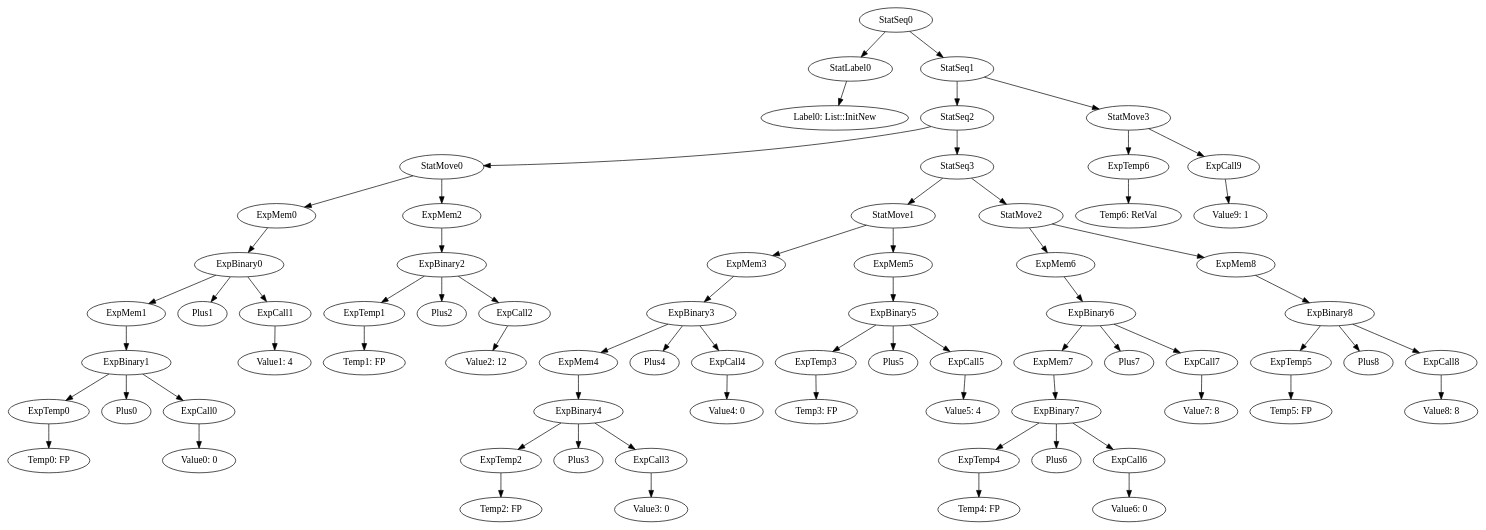
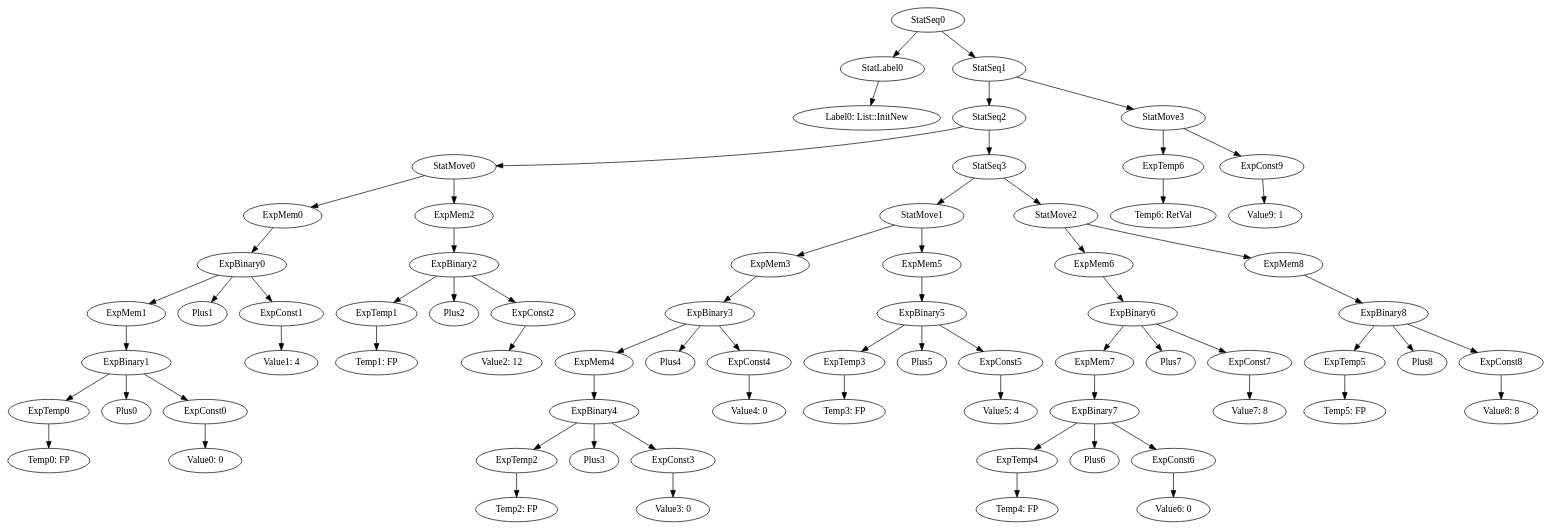
Before and after one commit to team-compilers/compilers: the diagram in MiniJava/results/SamplesCorrect/LinkedList/irt_List::InitNew.gv, drawn with Graphviz. The commit also changed 183 other files, not shown here.

```diff
--- a/MiniJava/results/SamplesCorrect/LinkedList/irt_List::InitNew.gv
+++ b/MiniJava/results/SamplesCorrect/LinkedList/irt_List::InitNew.gv
@@ -1,73 +1,73 @@
 digraph {
 	ordering = out;
+	ExpConst9 -> "Value9: 1";
 	ExpTemp6 -> "Temp6: RetVal";
-	StatSeq1 -> StatSeq2;
-	StatSeq1 -> StatMove3;
+	ExpConst8 -> "Value8: 8";
 	StatMove3 -> ExpTemp6;
-	StatMove3 -> ExpCall9;
+	StatMove3 -> ExpConst9;
 	ExpBinary8 -> ExpTemp5;
 	ExpBinary8 -> Plus8;
-	ExpBinary8 -> ExpCall8;
+	ExpBinary8 -> ExpConst8;
 	StatMove2 -> ExpMem6;
 	StatMove2 -> ExpMem8;
 	ExpMem6 -> ExpBinary6;
 	ExpTemp4 -> "Temp4: FP";
 	StatSeq3 -> StatMove1;
 	StatSeq3 -> StatMove2;
 	ExpBinary5 -> ExpTemp3;
 	ExpBinary5 -> Plus5;
-	ExpBinary5 -> ExpCall5;
+	ExpBinary5 -> ExpConst5;
 	ExpTemp3 -> "Temp3: FP";
 	ExpMem5 -> ExpBinary5;
 	StatMove1 -> ExpMem3;
 	StatMove1 -> ExpMem5;
 	StatMove0 -> ExpMem0;
 	StatMove0 -> ExpMem2;
-	ExpCall7 -> "Value7: 8";
-	ExpCall2 -> "Value2: 12";
-	ExpCall1 -> "Value1: 4";
 	ExpBinary6 -> ExpMem7;
 	ExpBinary6 -> Plus7;
-	ExpBinary6 -> ExpCall7;
+	ExpBinary6 -> ExpConst7;
 	ExpMem0 -> ExpBinary0;
-	ExpCall8 -> "Value8: 8";
 	ExpBinary1 -> ExpTemp0;
 	ExpBinary1 -> Plus0;
-	ExpBinary1 -> ExpCall0;
-	ExpCall9 -> "Value9: 1";
+	ExpBinary1 -> ExpConst0;
 	ExpMem3 -> ExpBinary3;
 	ExpMem1 -> ExpBinary1;
+	ExpConst0 -> "Value0: 0";
+	StatLabel0 -> "Label0: List::InitNew";
+	ExpMem7 -> ExpBinary7;
+	ExpTemp0 -> "Temp0: FP";
+	ExpMem2 -> ExpBinary2;
+	ExpConst5 -> "Value5: 4";
+	ExpBinary3 -> ExpMem4;
+	ExpBinary3 -> Plus4;
+	ExpBinary3 -> ExpConst4;
+	StatSeq1 -> StatSeq2;
+	StatSeq1 -> StatMove3;
+	ExpConst1 -> "Value1: 4";
+	ExpTemp5 -> "Temp5: FP";
+	ExpBinary7 -> ExpTemp4;
+	ExpBinary7 -> Plus6;
+	ExpBinary7 -> ExpConst6;
+	StatSeq0 -> StatLabel0;
+	StatSeq0 -> StatSeq1;
+	ExpTemp1 -> "Temp1: FP";
 	ExpMem8 -> ExpBinary8;
 	ExpBinary2 -> ExpTemp1;
 	ExpBinary2 -> Plus2;
-	ExpBinary2 -> ExpCall2;
-	StatLabel0 -> "Label0: List::InitNew";
-	ExpMem7 -> ExpBinary7;
-	ExpTemp0 -> "Temp0: FP";
-	ExpCall0 -> "Value0: 0";
-	ExpMem2 -> ExpBinary2;
-	ExpBinary3 -> ExpMem4;
-	ExpBinary3 -> Plus4;
-	ExpBinary3 -> ExpCall4;
-	ExpTemp5 -> "Temp5: FP";
-	ExpBinary7 -> ExpTemp4;
-	ExpBinary7 -> Plus6;
-	ExpBinary7 -> ExpCall6;
-	StatSeq0 -> StatLabel0;
-	StatSeq0 -> StatSeq1;
-	ExpTemp1 -> "Temp1: FP";
-	ExpCall3 -> "Value3: 0";
+	ExpBinary2 -> ExpConst2;
+	ExpConst2 -> "Value2: 12";
+	ExpConst7 -> "Value7: 8";
+	ExpConst3 -> "Value3: 0";
+	ExpConst6 -> "Value6: 0";
 	StatSeq2 -> StatMove0;
 	StatSeq2 -> StatSeq3;
 	ExpTemp2 -> "Temp2: FP";
-	ExpCall6 -> "Value6: 0";
 	ExpBinary4 -> ExpTemp2;
 	ExpBinary4 -> Plus3;
-	ExpBinary4 -> ExpCall3;
+	ExpBinary4 -> ExpConst3;
 	ExpBinary0 -> ExpMem1;
 	ExpBinary0 -> Plus1;
-	ExpBinary0 -> ExpCall1;
+	ExpBinary0 -> ExpConst1;
 	ExpMem4 -> ExpBinary4;
-	ExpCall5 -> "Value5: 4";
-	ExpCall4 -> "Value4: 0";
+	ExpConst4 -> "Value4: 0";
 }
```
